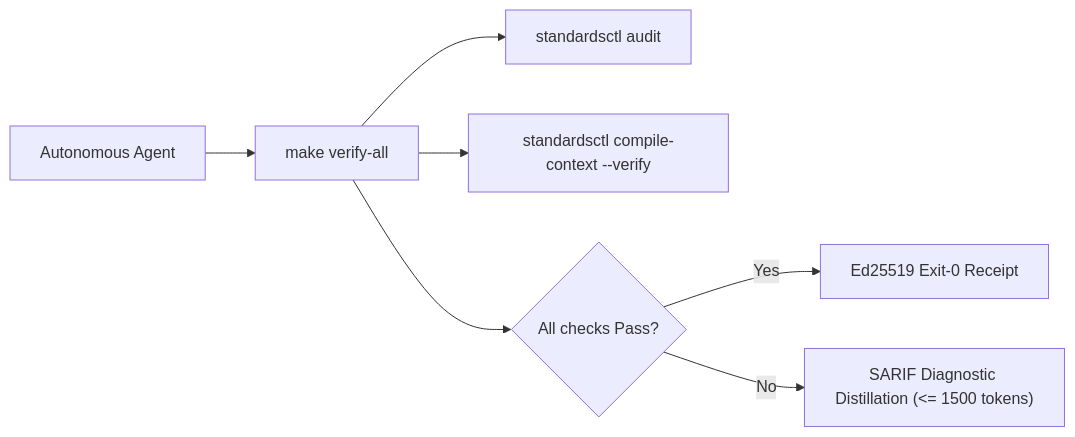
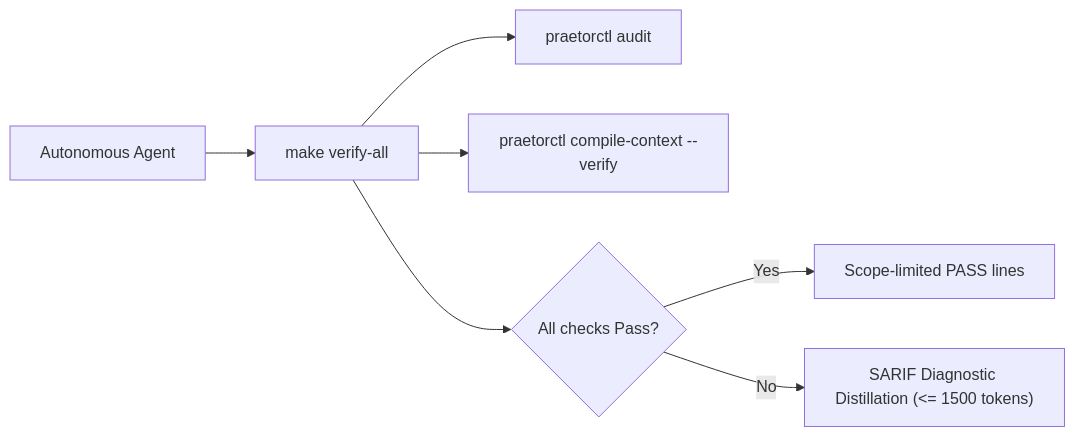
The diagram in .codex/rules.md (cordanaLLM/Aegis-OS), drawn with Mermaid before and after one commit. The commit also changed other lines of this file and 33 other files, not shown here.

````diff
--- a/.codex/rules.md
+++ b/.codex/rules.md
@@ -13,9 +13,9 @@
 ```mermaid
 flowchart LR
     AGENT["Autonomous Agent"] --> CHECK["make verify-all"]
-    CHECK --> AUDIT["standardsctl audit"]
-    CHECK --> COMPILER["standardsctl compile-context --verify"]
+    CHECK --> AUDIT["praetorctl audit"]
+    CHECK --> COMPILER["praetorctl compile-context --verify"]
     CHECK --> GATE{"All checks Pass?"}
-    GATE -- Yes --> RECEIPT["Ed25519 Exit-0 Receipt"]
+    GATE -- Yes --> PASSLINE["Scope-limited PASS lines"]
     GATE -- No --> DISTILL["SARIF Diagnostic Distillation (<= 1500 tokens)"]
 ```
````
